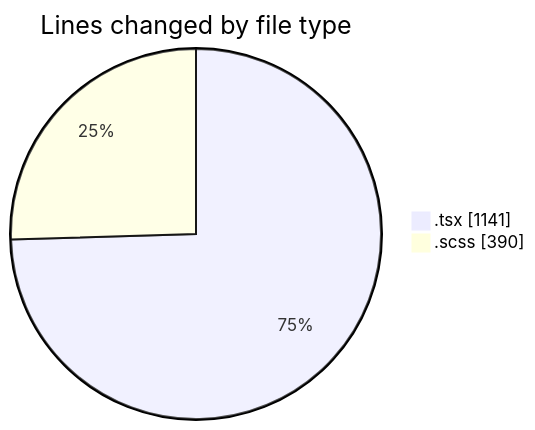
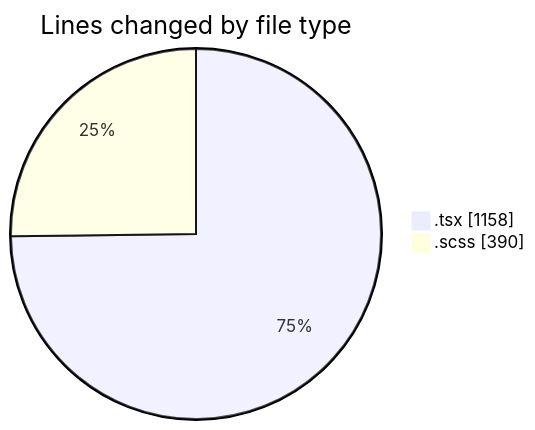
One commit to momahboobian/code-tracking changed the first of 2 diagrams in 2026-08-26/cda/README.md. Above: the diagram before and after it, drawn with Mermaid. The commit also changed other lines of this file and 1 other file, not shown here.

````diff
--- a/2026-08-26/cda/README.md
+++ b/2026-08-26/cda/README.md
@@ -29,6 +29,6 @@
 ```mermaid
 pie showData
 title Lines changed by file type
-".tsx" : 1141
+".tsx" : 1158
 ".scss" : 390
 ```
````
